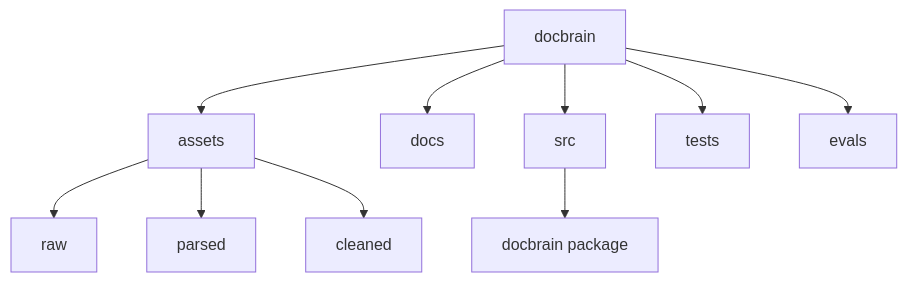
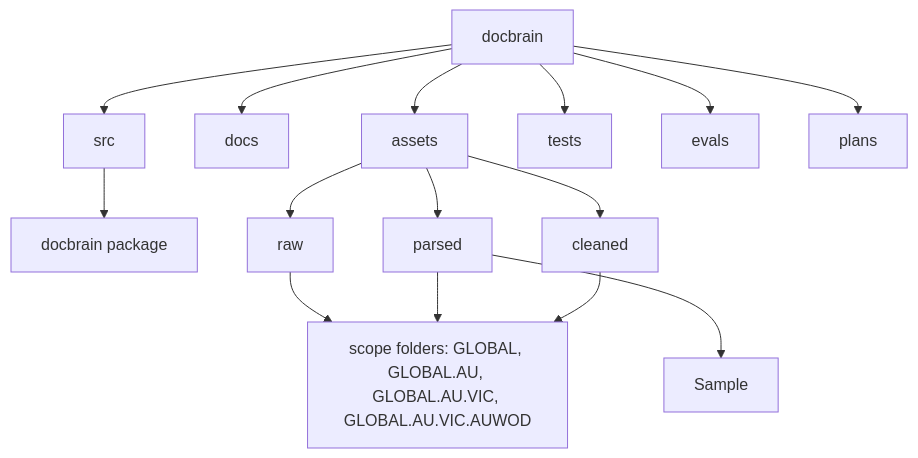
Before and after one commit to dadpogu/docbrain: the diagram in docs/project_structure.md, drawn with Mermaid. The commit also changed other lines of this file and 121 other files, not shown here.

````diff
--- a/docs/project_structure.md
+++ b/docs/project_structure.md
@@ -7,12 +7,17 @@
 ```mermaid
 graph TD
     docbrain --> assets
     docbrain --> docs
     docbrain --> src
     docbrain --> tests
     docbrain --> evals
+    docbrain --> plans
     src --> pkg[docbrain package]
     assets --> raw
     assets --> parsed
     assets --> cleaned
+    raw --> scope["scope folders: GLOBAL, GLOBAL.AU, GLOBAL.AU.VIC, GLOBAL.AU.VIC.AUWOD"]
+    parsed --> scope
+    cleaned --> scope
+    parsed --> Sample
 ```
````
